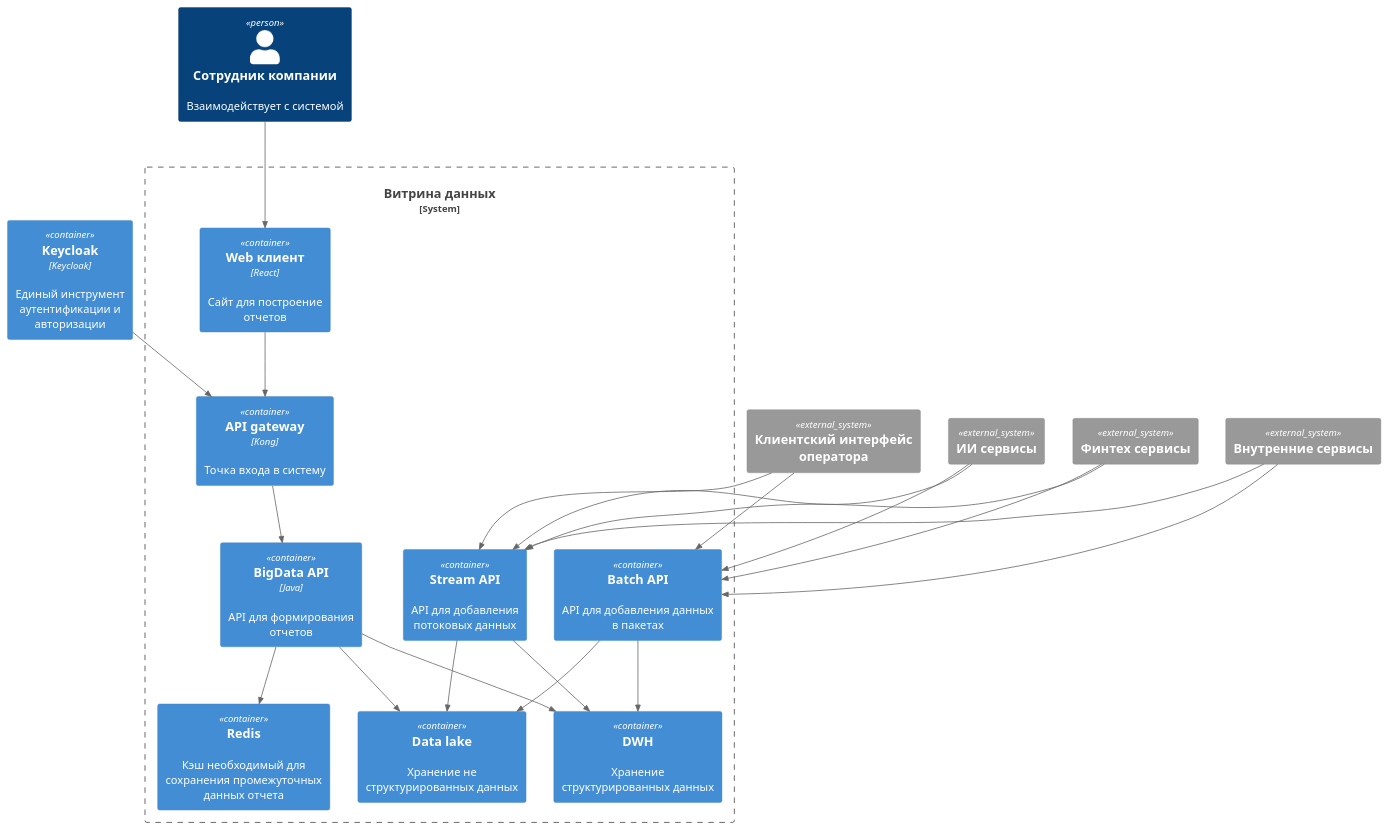
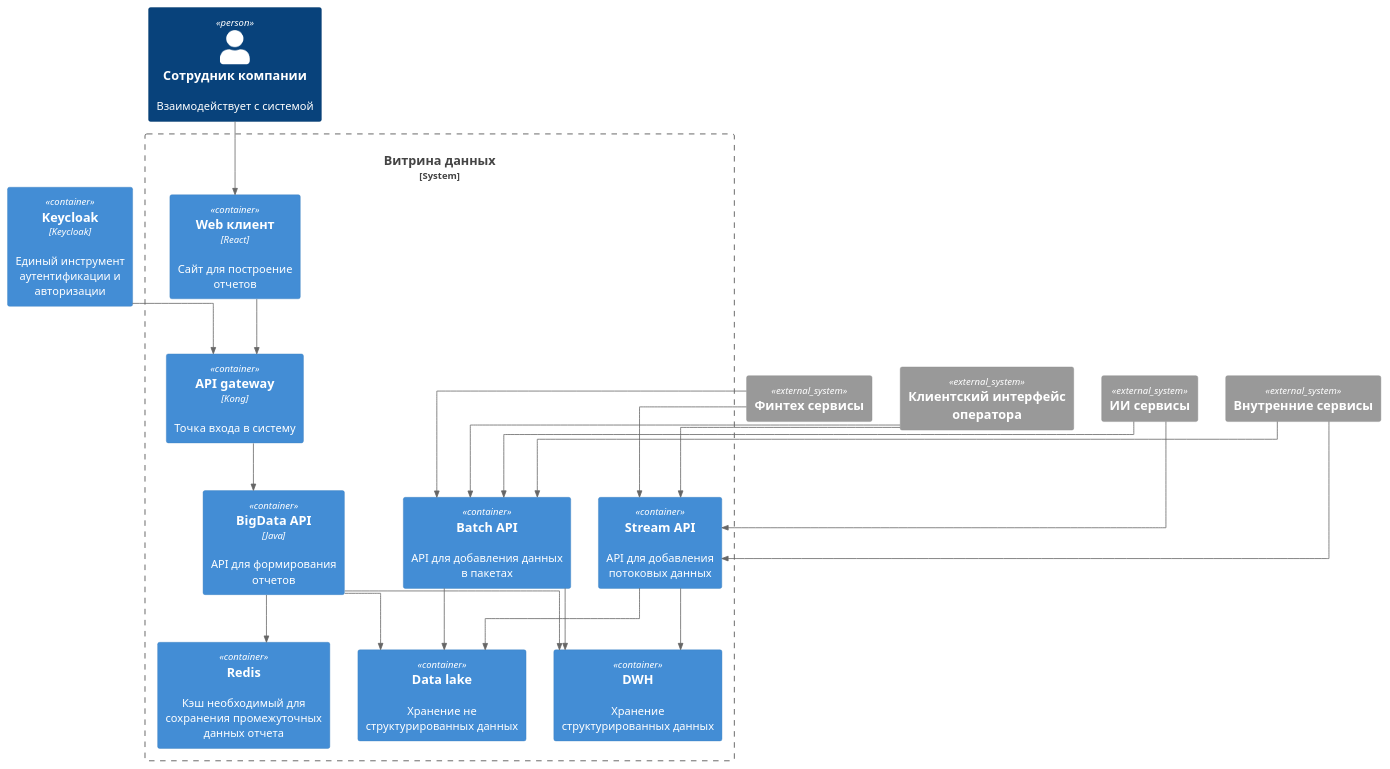
Before and after one commit to BlackDEK/architecture-sprint-11: the diagram in task1/container.puml, drawn with PlantUML. The commit also changed 4 other files, not shown here.

```diff
--- a/task1/container.puml
+++ b/task1/container.puml
@@ -1,47 +1,48 @@
 @startuml
 !include <C4/C4_Container>
+skinparam Linetype ortho
 
 System_Boundary(data_mart, "Витрина данных"){
     Container(front, "Web клиент", "React", "Сайт для построение отчетов")
     Container(gateway, "API gateway", "Kong", "Точка входа в систему")
     Container(dwh, "DWH", "", "Хранение структурированных данных")
     Container(data_lake, "Data lake", "", "Хранение не структурированных данных")
     Container(batch_mode, "Batch API", "", "API для добавления данных в пакетах")
     Container(stream_mode, "Stream API", "", "API для добавления потоковых данных")
     Container(redis, "Redis", "", "Кэш необходимый для сохранения промежуточных данных отчета")
     Container(backend, "BigData API", "Java", "API для формирования отчетов")
 }
 
 
 Container(keycloak, "Keycloak", "Keycloak","Единый инструмент аутентификации и авторизации")
 
 
 System_Ext(ai_service,"ИИ сервисы")
 System_Ext(inner_service,"Внутренние сервисы")
 System_Ext(fin_service,"Финтех сервисы")
 System_Ext(client_operator, "Клиентский интерфейс оператора")
 
 Person(person, "Сотрудник компании", "Взаимодействует с системой")
 
 Rel(front, gateway, "")
 Rel(gateway, backend, "")
 Rel(backend, dwh, "")
 Rel(backend, data_lake, "")
 Rel(backend, redis, "")
 Rel(batch_mode, dwh, "")
 Rel(batch_mode, data_lake, "")
 Rel(stream_mode, dwh, "")
 Rel(stream_mode, data_lake, "")
 Rel(keycloak, gateway, "")
 
 Rel(ai_service, batch_mode, "")
 Rel(inner_service, batch_mode, "")
 Rel(fin_service, batch_mode, "")
 Rel(client_operator, batch_mode, "")
 Rel(ai_service, stream_mode, "")
 Rel(inner_service, stream_mode, "")
 Rel(fin_service, stream_mode, "")
 Rel(client_operator, stream_mode, "")
 
 Rel(person, front, "")
 @enduml
```
